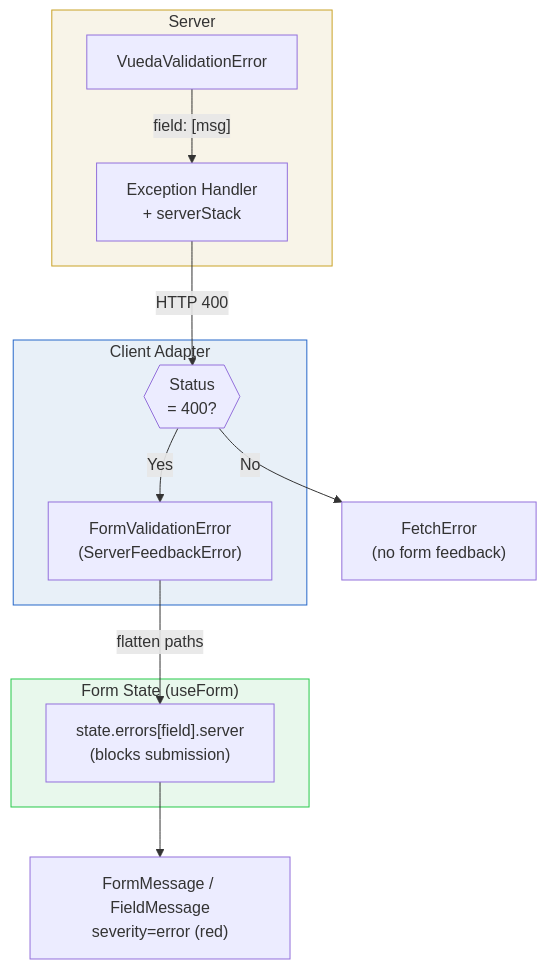
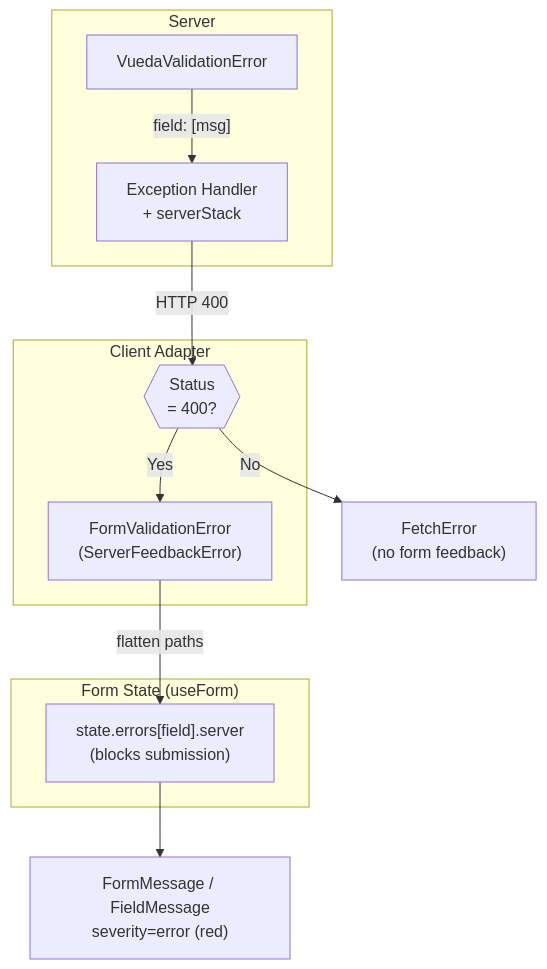
Before and after one commit to arrai-innovations/vueda: the diagram in docs/core-concepts/error-and-validation-contract.md, drawn with Mermaid. The commit also changed 6 other files, not shown here.

First line of the commit message:
wip(docs): theme mermaid diagrams for light and dark docs schemes

````diff
--- a/docs/core-concepts/error-and-validation-contract.md
+++ b/docs/core-concepts/error-and-validation-contract.md
@@ -14,30 +14,26 @@
 ```mermaid
 flowchart TD
     subgraph Server
         VVE["VuedaValidationError"]
         EH["Exception Handler<br/>+ serverStack"]
     end
 
     VVE -- "field: [msg]" --> EH
     EH -- "HTTP 400" --> GATE
 
     subgraph Client["Client Adapter"]
         GATE{{"Status<br/>= 400?"}}
         FVE["FormValidationError<br/>(ServerFeedbackError)"]
     end
 
     GATE -- "Yes" --> FVE
     GATE -- "No" --> FE["FetchError<br/>(no form feedback)"]
 
     FVE -- "flatten paths" --> ERR
 
     subgraph FormState["Form State (useForm)"]
         ERR["state.errors[field].server<br/>(blocks submission)"]
     end
 
     ERR --> RENDER_E["FormMessage / FieldMessage<br/>severity=error (red)"]
-
-    style Server fill:#f8f4e8,stroke:#c9a227
-    style Client fill:#e8f0f8,stroke:#2768c9
-    style FormState fill:#e8f8ec,stroke:#27c94a
 ```
````
